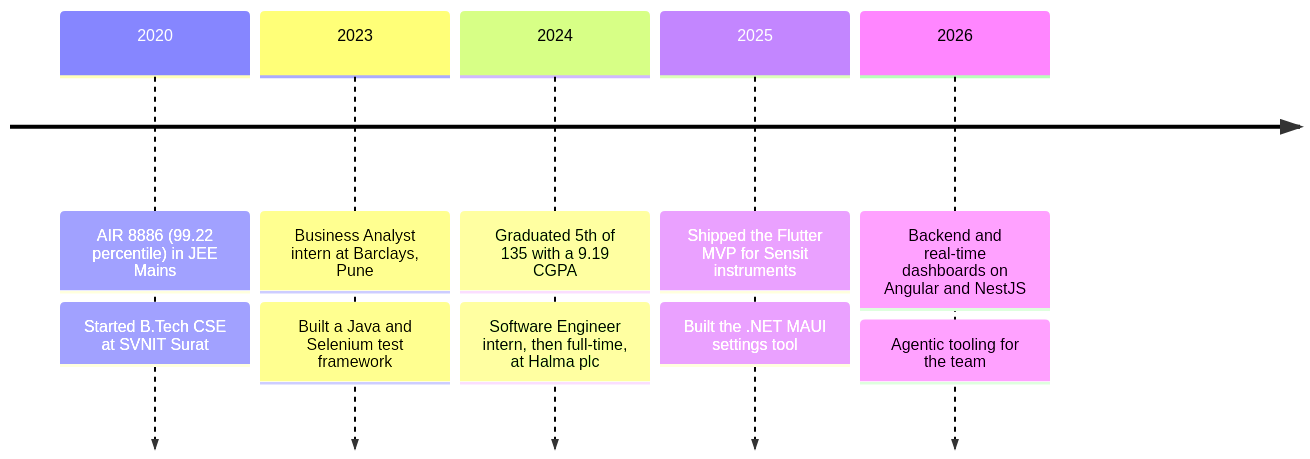
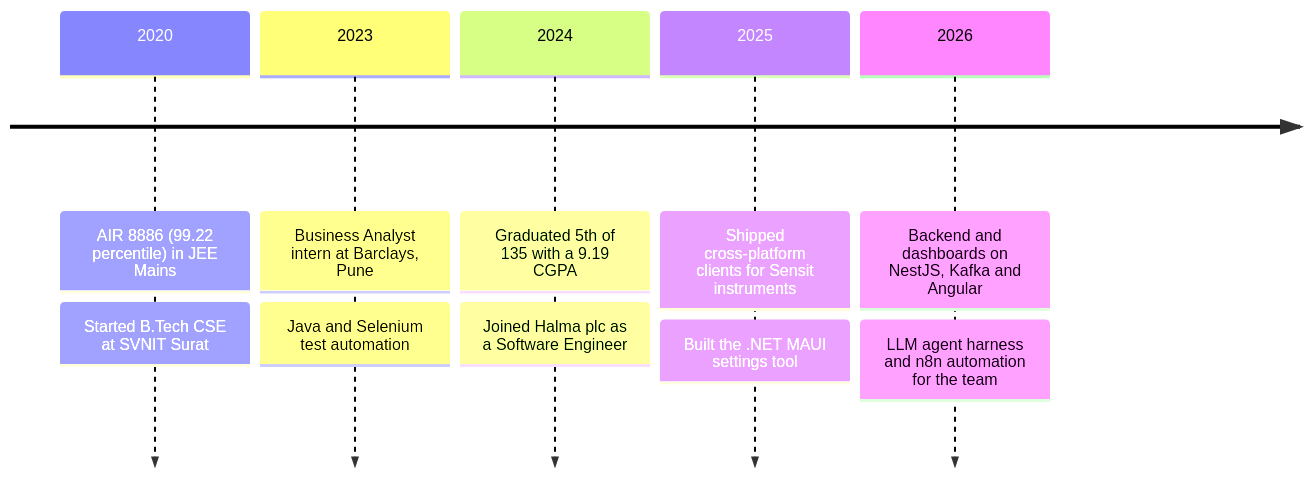
The third of 4 diagrams in README.md (Dhairya-007/Dhairya-007), drawn with Mermaid before and after one commit. The commit also changed other lines of this file, not shown here.

First line of the commit message:
Reposition profile around full-stack and AI

````diff
--- a/README.md
+++ b/README.md
@@ -105,8 +255,8 @@
 ```mermaid
 timeline
     2020 : AIR 8886 (99.22 percentile) in JEE Mains : Started B.Tech CSE at SVNIT Surat
-    2023 : Business Analyst intern at Barclays, Pune : Built a Java and Selenium test framework
-    2024 : Graduated 5th of 135 with a 9.19 CGPA : Software Engineer intern, then full-time, at Halma plc
-    2025 : Shipped the Flutter MVP for Sensit instruments : Built the .NET MAUI settings tool
-    2026 : Backend and real-time dashboards on Angular and NestJS : Agentic tooling for the team
+    2023 : Business Analyst intern at Barclays, Pune : Java and Selenium test automation
+    2024 : Graduated 5th of 135 with a 9.19 CGPA : Joined Halma plc as a Software Engineer
+    2025 : Shipped cross-platform clients for Sensit instruments : Built the .NET MAUI settings tool
+    2026 : Backend and dashboards on NestJS, Kafka and Angular : LLM agent harness and n8n automation for the team
 ```
````
